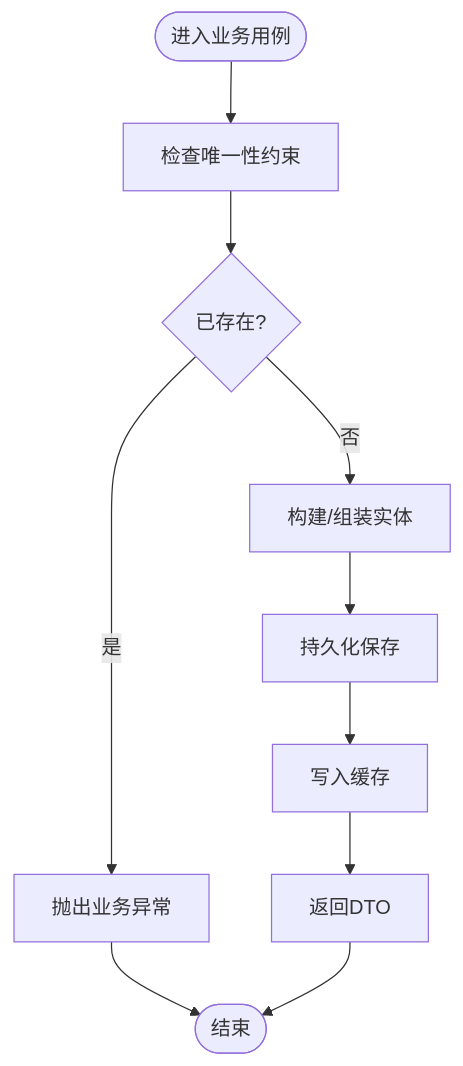
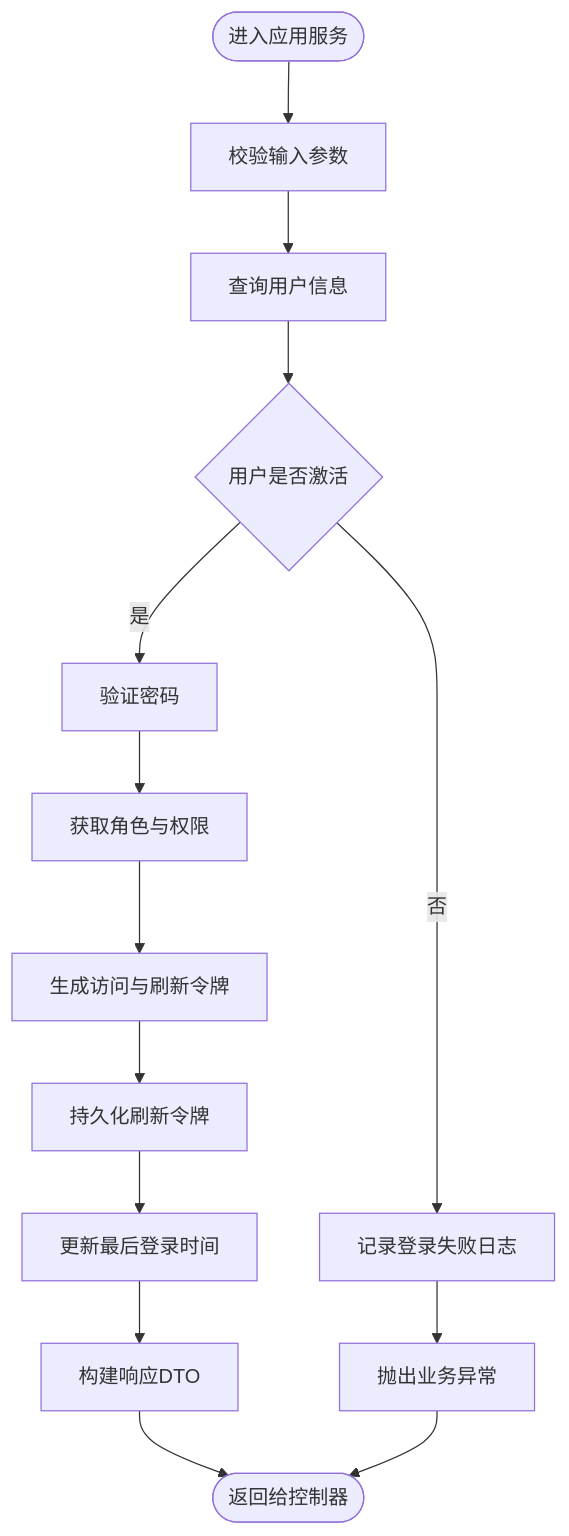
One commit to taoweidong/Hello-Django-Ninja-Api changed the fourth of 7 diagrams in .qoder/repowiki/zh/content/架构设计/DDD 分层架构.md. Above: the diagram before and after it, drawn with Mermaid. The commit also changed other lines of this file and 106 other files, not shown here.

````diff
--- a/.qoder/repowiki/zh/content/架构设计/DDD 分层架构.md
+++ b/.qoder/repowiki/zh/content/架构设计/DDD 分层架构.md
@@ -203,12 +187,15 @@
 ```mermaid
 flowchart TD
-Start(["进入业务用例"]) --> CheckExist["检查唯一性约束"]
-CheckExist --> Exists{"已存在?"}
-Exists --> |是| RaiseError["抛出业务异常"]
-Exists --> |否| BuildEntity["构建/组装实体"]
-BuildEntity --> Save["持久化保存"]
-Save --> CacheSet["写入缓存"]
-CacheSet --> ReturnOK["返回DTO"]
-RaiseError --> End(["结束"])
-ReturnOK --> End
+Start(["进入应用服务"]) --> Validate["校验输入参数"]
+Validate --> FetchUser["查询用户信息"]
+FetchUser --> CheckActive{"用户是否激活"}
+CheckActive --> |否| LogFail["记录登录失败日志"] --> RaiseError["抛出业务异常"]
+CheckActive --> |是| VerifyPwd["验证密码"]
+VerifyPwd --> GetRolesPerms["获取角色与权限"]
+GetRolesPerms --> GenTokens["生成访问与刷新令牌"]
+GenTokens --> SaveRefresh["持久化刷新令牌"]
+SaveRefresh --> UpdateLastLogin["更新最后登录时间"]
+UpdateLastLogin --> BuildDTO["构建响应DTO"]
+BuildDTO --> Return(["返回给控制器"])
+RaiseError --> Return
 ```
````
